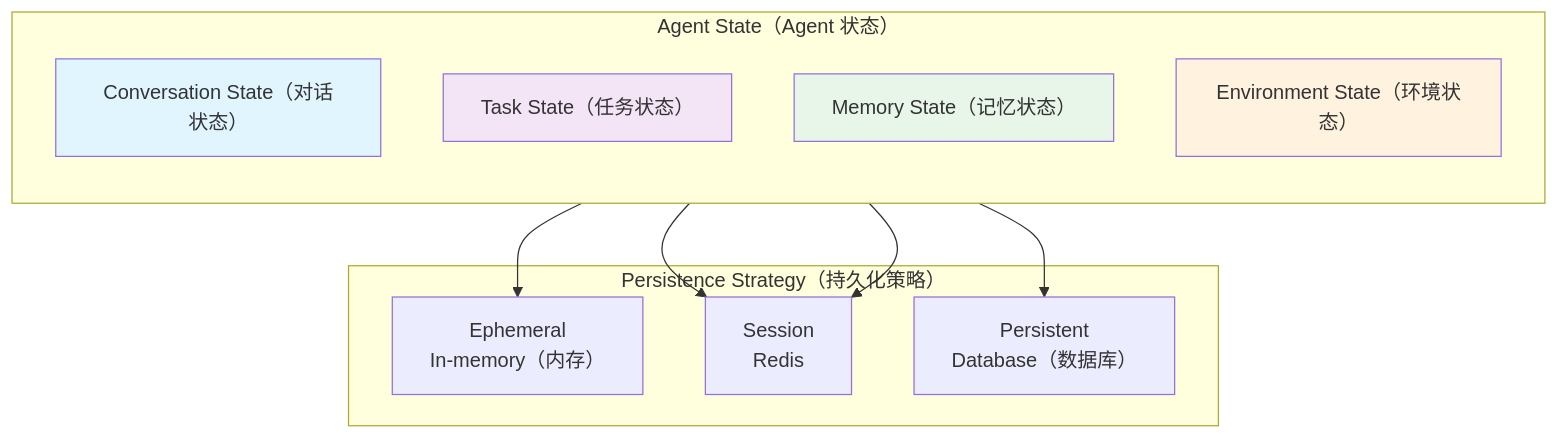
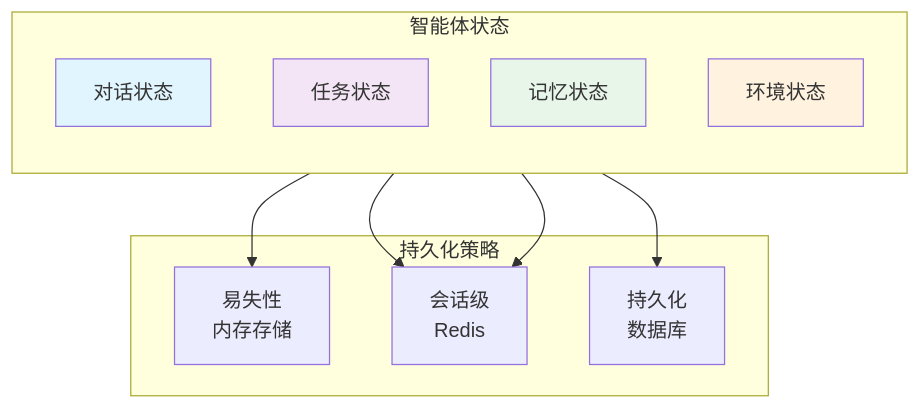
One commit to YiWang24/AiDIY changed the first of 2 diagrams in i18n/zh-Hans/docusaurus-plugin-content-docs/current/ai/harness-engineering/state-management.mdx. Above: the diagram before and after it, drawn with Mermaid. The commit also changed other lines of this file and 59 other files, not shown here.

````diff
--- a/i18n/zh-Hans/docusaurus-plugin-content-docs/current/ai/harness-engineering/state-management.mdx
+++ b/i18n/zh-Hans/docusaurus-plugin-content-docs/current/ai/harness-engineering/state-management.mdx
@@ -19,26 +20,26 @@
 ```mermaid
 flowchart TB
-    subgraph AgentState["Agent State（Agent 状态）"]
+    subgraph AgentState["智能体状态"]
         direction TB
-        Conv[Conversation State（对话状态）]
-        Task[Task State（任务状态）]
-        Mem[Memory State（记忆状态）]
-        Env[Environment State（环境状态）]
+        Conv[对话状态]
+        Task[任务状态]
+        Mem[记忆状态]
+        Env[环境状态]
     end
 
-    subgraph Persistence["Persistence Strategy（持久化策略）"]
-        Ephemeral[Ephemeral<br/>In-memory（内存）]
-        Session[Session<br/>Redis]
-        Persistent[Persistent<br/>Database（数据库）]
+    subgraph Persistence["持久化策略"]
+        Ephemeral[易失性<br/>内存存储]
+        Session[会话级<br/>Redis]
+        Persistent[持久化<br/>数据库]
     end
 
     Conv --> Ephemeral
     Task --> Session
     Mem --> Persistent
     Env --> Session
 
     style Conv fill:#e1f5fe
     style Task fill:#f3e5f5
     style Mem fill:#e8f5e9
     style Env fill:#fff3e0
 ```
````
